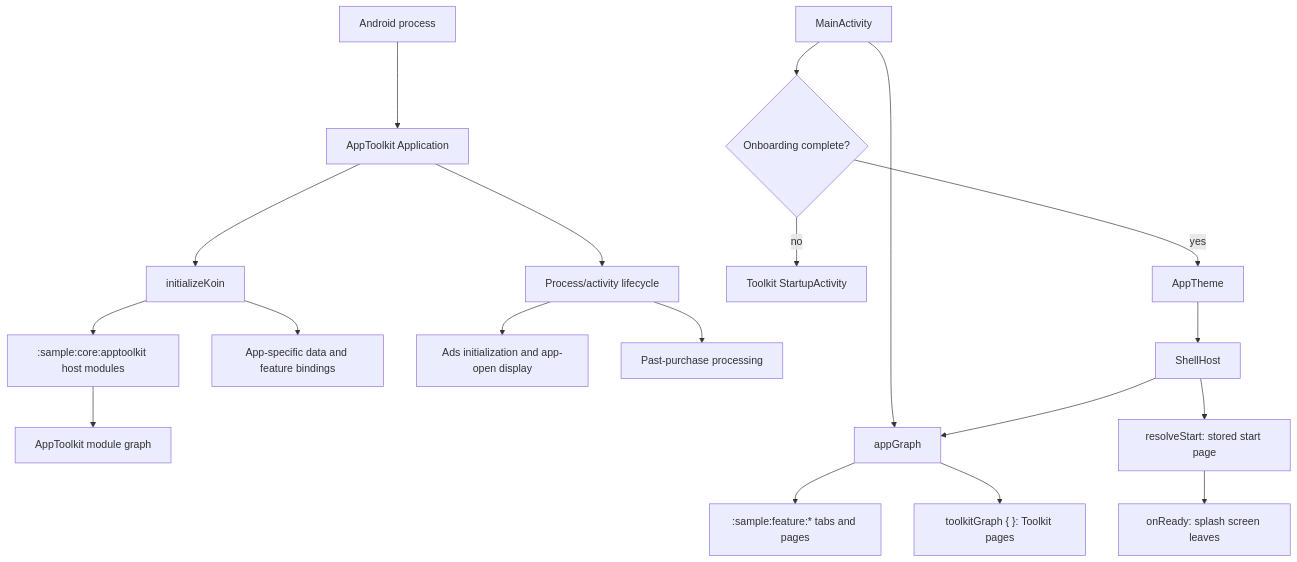
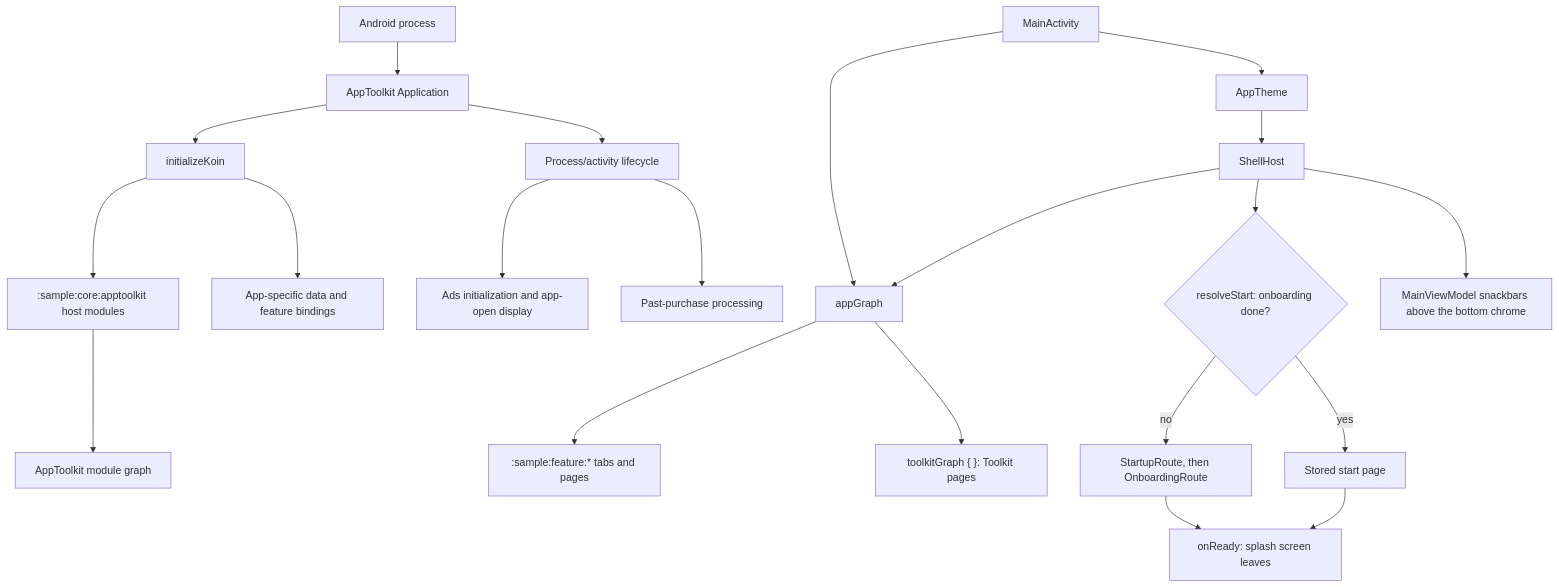
The diagram in sample/app/README.md (MihaiCristianCondrea/App-Toolkit-for-Android), drawn with Mermaid before and after one commit. The commit also changed other lines of this file and 84 other files, not shown here.

````diff
--- a/sample/app/README.md
+++ b/sample/app/README.md
@@ -59,21 +59,23 @@
 ```mermaid
 flowchart TD
     Process[Android process] --> App[AppToolkit Application]
     App --> Koin[initializeKoin]
     Koin --> Adapter[":sample:core:apptoolkit host modules"]
     Adapter --> AppToolkit[AppToolkit module graph]
     Koin --> HostModules[App-specific data and feature bindings]
     App --> Lifecycle[Process/activity lifecycle]
     Lifecycle --> Ads[Ads initialization and app-open display]
     Lifecycle --> Billing[Past-purchase processing]
-    Launcher[MainActivity] --> FirstRun{Onboarding complete?}
-    FirstRun -->|no| Startup[Toolkit StartupActivity]
-    FirstRun -->|yes| Theme[AppTheme]
+    Launcher[MainActivity] --> Theme[AppTheme]
     Theme --> Host[ShellHost]
     Launcher --> Graph[appGraph]
     Graph --> HostPages[":sample:feature:* tabs and pages"]
     Graph --> ToolkitPages["toolkitGraph { }: Toolkit pages"]
     Host --> Graph
-    Host --> Start[resolveStart: stored start page]
-    Start --> Ready[onReady: splash screen leaves]
+    Host --> Start{resolveStart: onboarding done?}
+    Start -->|no| FirstRun[StartupRoute, then OnboardingRoute]
+    Start -->|yes| Stored[Stored start page]
+    FirstRun --> Ready[onReady: splash screen leaves]
+    Stored --> Ready
+    Host --> Snackbars[MainViewModel snackbars above the bottom chrome]
 ```
````
